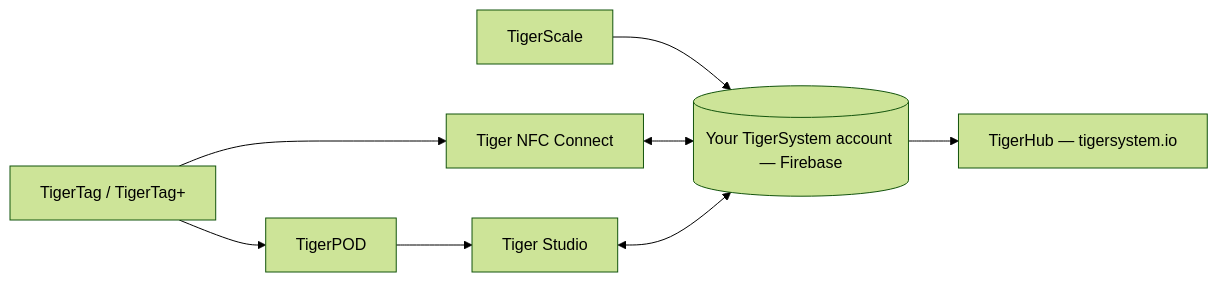
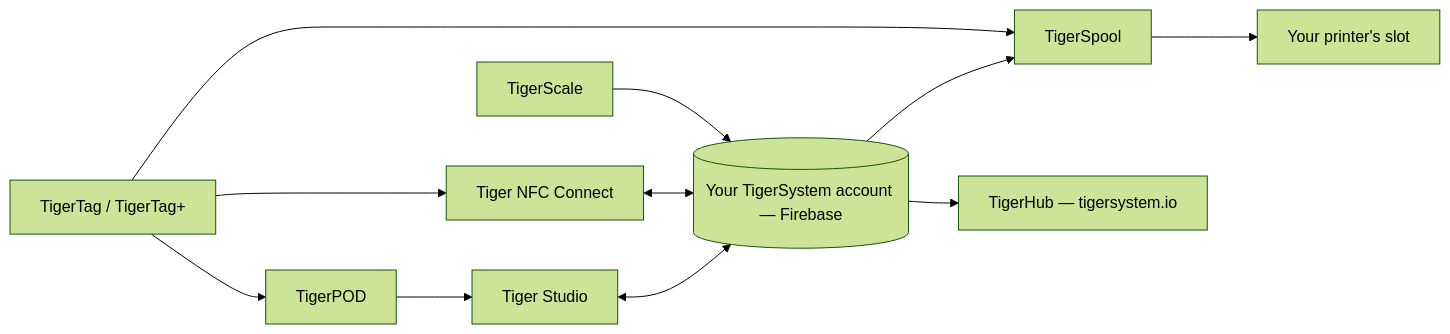
The diagram in docs/products/README.md (TigerTag-Project/TigerSystem-Docs), drawn with Mermaid (forest theme) before and after one commit. The commit also changed other lines of this file and 15 other files, not shown here.

First line of the commit message:
Document TigerSpool, and sharpen the zero-cost guide

````diff
--- a/docs/products/README.md
+++ b/docs/products/README.md
@@ -37,9 +38,11 @@
 ```mermaid
 flowchart LR
   TT[TigerTag / TigerTag+] --> CO[Tiger NFC Connect]
   TT --> POD[TigerPOD] --> ST[Tiger Studio]
   SC[TigerScale] --> FB[("Your TigerSystem account — Firebase")]
+  TT --> SPL[TigerSpool] --> PRN["Your printer's slot"]
+  FB --> SPL
   CO <--> FB
   ST <--> FB
   FB --> HUB["TigerHub — tigersystem.io"]
 ```
````
